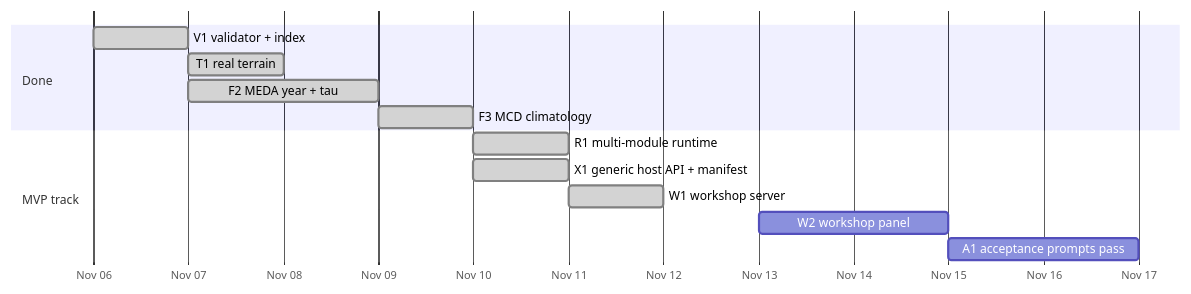
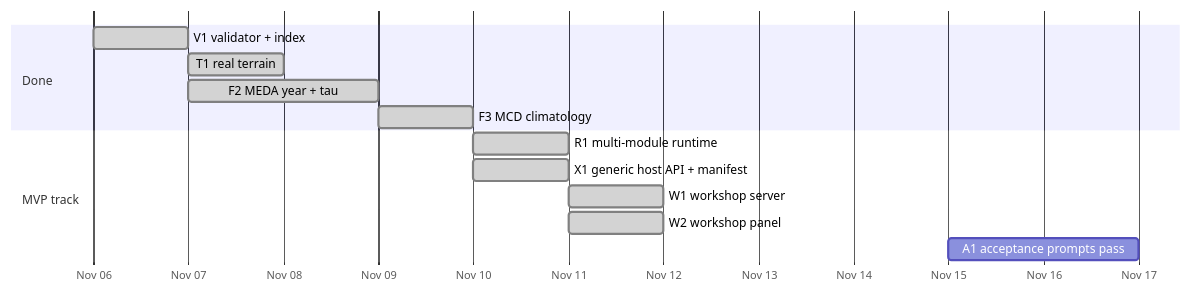
Before and after one commit to chingchang/mars-sandbox: the sixth of 6 diagrams in docs/DEV_GUIDE.md, drawn with Mermaid. The commit also changed other lines of this file and 7 other files, not shown here.

````diff
--- a/docs/DEV_GUIDE.md
+++ b/docs/DEV_GUIDE.md
@@ -266,16 +266,16 @@
 ```mermaid
 gantt
     dateFormat  YYYY-MM-DD
     axisFormat  %b %d
     section Done
     V1 validator + index          :done, 2026-11-06, 1d
     T1 real terrain               :done, 2026-11-07, 1d
     F2 MEDA year + tau            :done, 2026-11-07, 2d
     F3 MCD climatology            :done, 2026-11-09, 1d
     section MVP track
     R1 multi-module runtime       :done, 2026-11-10, 1d
     X1 generic host API + manifest:done, 2026-11-10, 1d
     W1 workshop server            :done, 2026-11-11, 1d
-    W2 workshop panel             :2026-11-13, 2d
+    W2 workshop panel             :done, 2026-11-11, 1d
     A1 acceptance prompts pass    :2026-11-15, 2d
 ```
````
